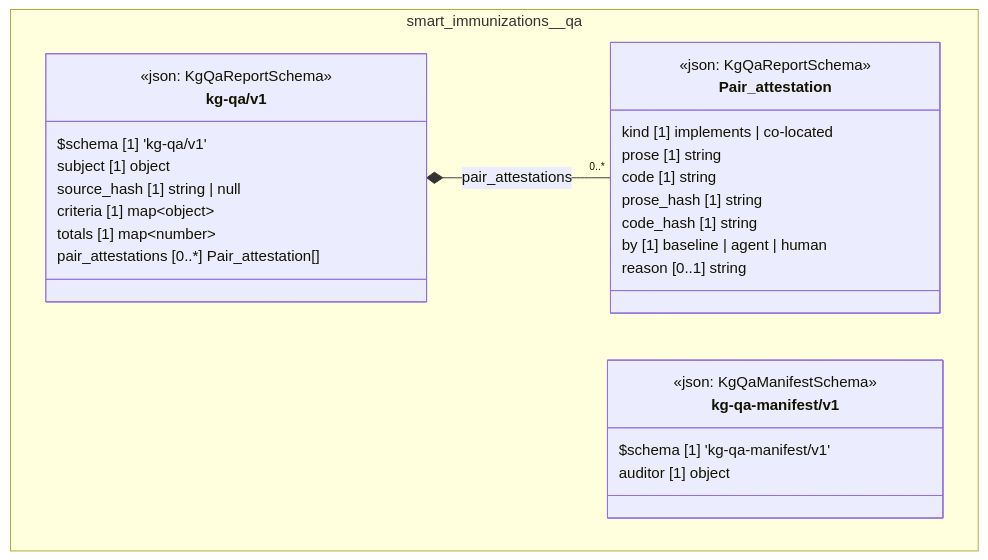
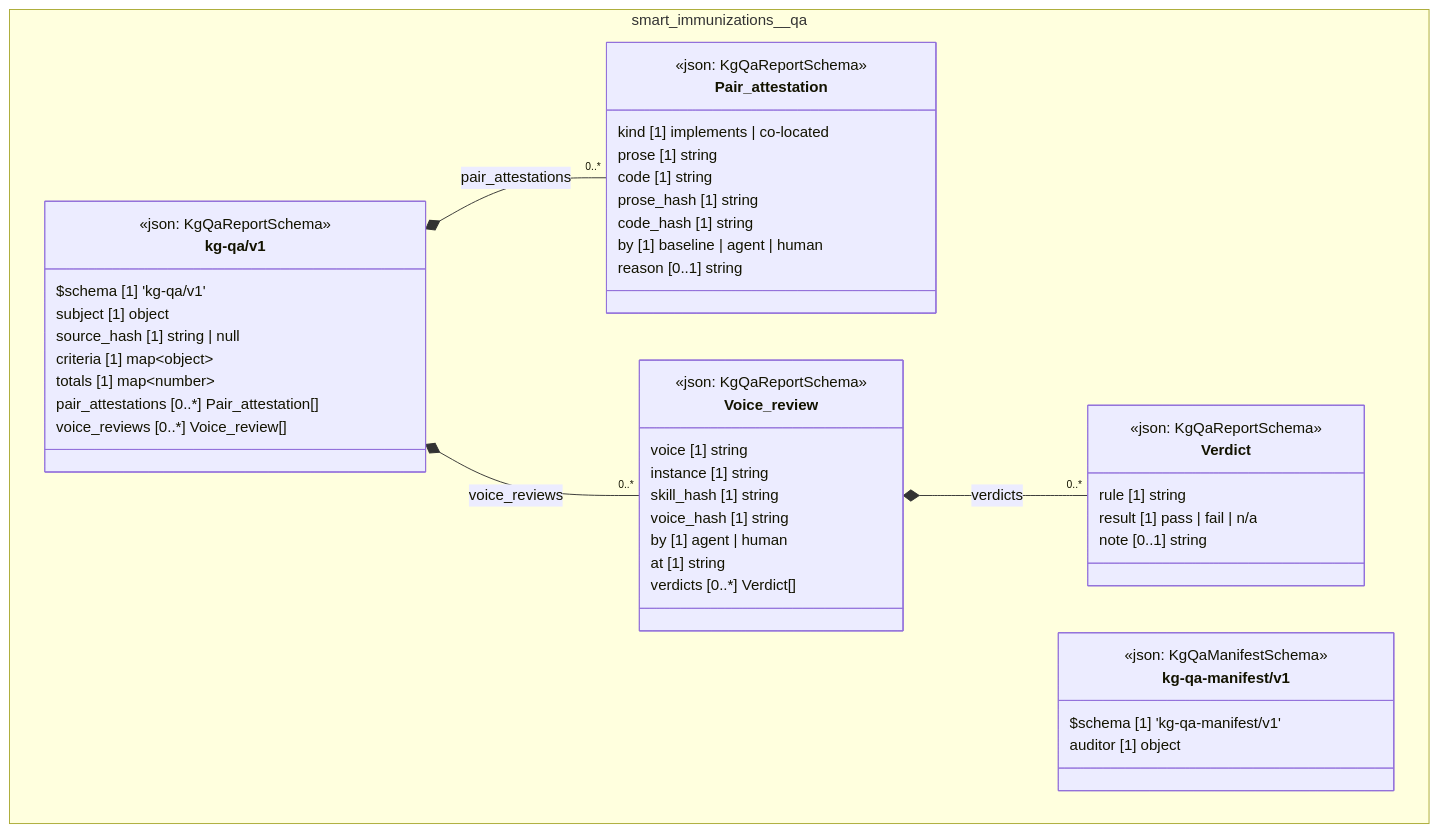
The diagram in cat-harness/docs/uml/overview/smart-immunizations/qa.md (litlfred/folio-assistant), drawn with Mermaid before and after one commit. The commit also changed 573 other files, not shown here.

First line of the commit message:
rkqp: agentic review axis for skills against the skill voices

````diff
--- a/cat-harness/docs/uml/overview/smart-immunizations/qa.md
+++ b/cat-harness/docs/uml/overview/smart-immunizations/qa.md
@@ -42,34 +42,55 @@
 ```mermaid
 classDiagram
   direction TB
   namespace smart_immunizations__qa {
     class smart_immunizations_qa_kg_qa_v1_Pair_attestation["Pair_attestation"] {
       <<json: KgQaReportSchema>>
       kind [1] implements | co-located
       prose [1] string
       code [1] string
       prose_hash [1] string
       code_hash [1] string
       by [1] baseline | agent | human
       reason [0..1] string
     }
+    class smart_immunizations_qa_kg_qa_v1_Verdict["Verdict"] {
+      <<json: KgQaReportSchema>>
+      rule [1] string
+      result [1] pass | fail | n/a
+      note [0..1] string
+    }
+    class smart_immunizations_qa_kg_qa_v1_Voice_review["Voice_review"] {
+      <<json: KgQaReportSchema>>
+      voice [1] string
+      instance [1] string
+      skill_hash [1] string
+      voice_hash [1] string
+      by [1] agent | human
+      at [1] string
+      verdicts [0..*] Verdict[]
+    }
     class smart_immunizations_qa_kg_qa_v1_kg_qa_v1["kg-qa/v1"] {
       <<json: KgQaReportSchema>>
       $schema [1] 'kg-qa/v1'
       subject [1] object
       source_hash [1] string | null
       criteria [1] map~object~
       totals [1] map~number~
       pair_attestations [0..*] Pair_attestation[]
+      voice_reviews [0..*] Voice_review[]
     }
     class smart_immunizations_qa_kg_qa_manifest_v1_kg_qa_manifest_v1["kg-qa-manifest/v1"] {
       <<json: KgQaManifestSchema>>
       $schema [1] 'kg-qa-manifest/v1'
       auditor [1] object
     }
   }
   smart_immunizations_qa_kg_qa_v1_kg_qa_v1 *-- "0..*" smart_immunizations_qa_kg_qa_v1_Pair_attestation : pair_attestations
+  smart_immunizations_qa_kg_qa_v1_Voice_review *-- "0..*" smart_immunizations_qa_kg_qa_v1_Verdict : verdicts
+  smart_immunizations_qa_kg_qa_v1_kg_qa_v1 *-- "0..*" smart_immunizations_qa_kg_qa_v1_Voice_review : voice_reviews
   cssClass "smart_immunizations_qa_kg_qa_v1_Pair_attestation" fa_uml_kind_qa
+  cssClass "smart_immunizations_qa_kg_qa_v1_Verdict" fa_uml_kind_qa
+  cssClass "smart_immunizations_qa_kg_qa_v1_Voice_review" fa_uml_kind_qa
   cssClass "smart_immunizations_qa_kg_qa_v1_kg_qa_v1" fa_uml_kind_qa
   cssClass "smart_immunizations_qa_kg_qa_manifest_v1_kg_qa_manifest_v1" fa_uml_kind_qa
 ```
````
